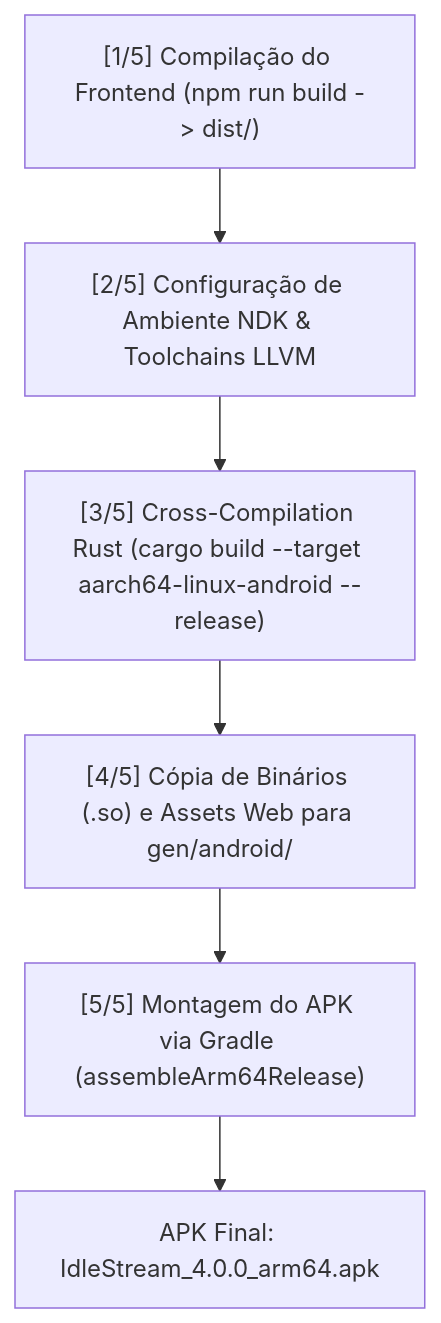
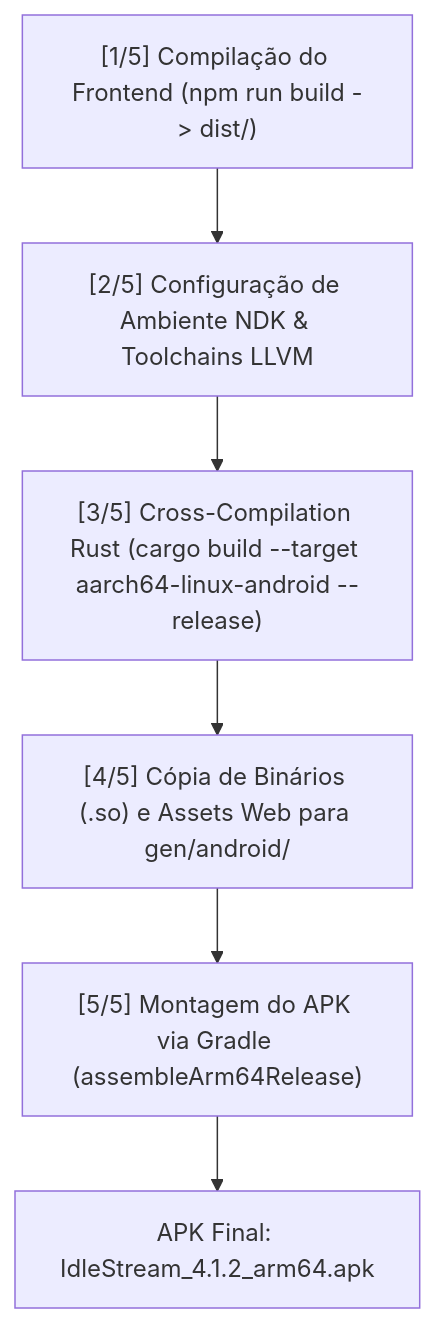
The third of 3 diagrams in Docs/07-multiplataforma-android.md (GabrielGamaBaptista/IdleStream), drawn with Mermaid before and after one commit. The commit also changed other lines of this file and 5 other files, not shown here.

````diff
--- a/Docs/07-multiplataforma-android.md
+++ b/Docs/07-multiplataforma-android.md
@@ -164,10 +173,10 @@
 ```mermaid
 flowchart TD
     S1["[1/5] Compilação do Frontend (npm run build -> dist/)"]
     S2["[2/5] Configuração de Ambiente NDK & Toolchains LLVM"]
     S3["[3/5] Cross-Compilation Rust (cargo build --target aarch64-linux-android --release)"]
     S4["[4/5] Cópia de Binários (.so) e Assets Web para gen/android/"]
     S5["[5/5] Montagem do APK via Gradle (assembleArm64Release)"]
 
-    S1 --> S2 --> S3 --> S4 --> S5 --> FinalAPK["APK Final: IdleStream_4.0.0_arm64.apk"]
+    S1 --> S2 --> S3 --> S4 --> S5 --> FinalAPK["APK Final: IdleStream_4.1.2_arm64.apk"]
 ```
````
